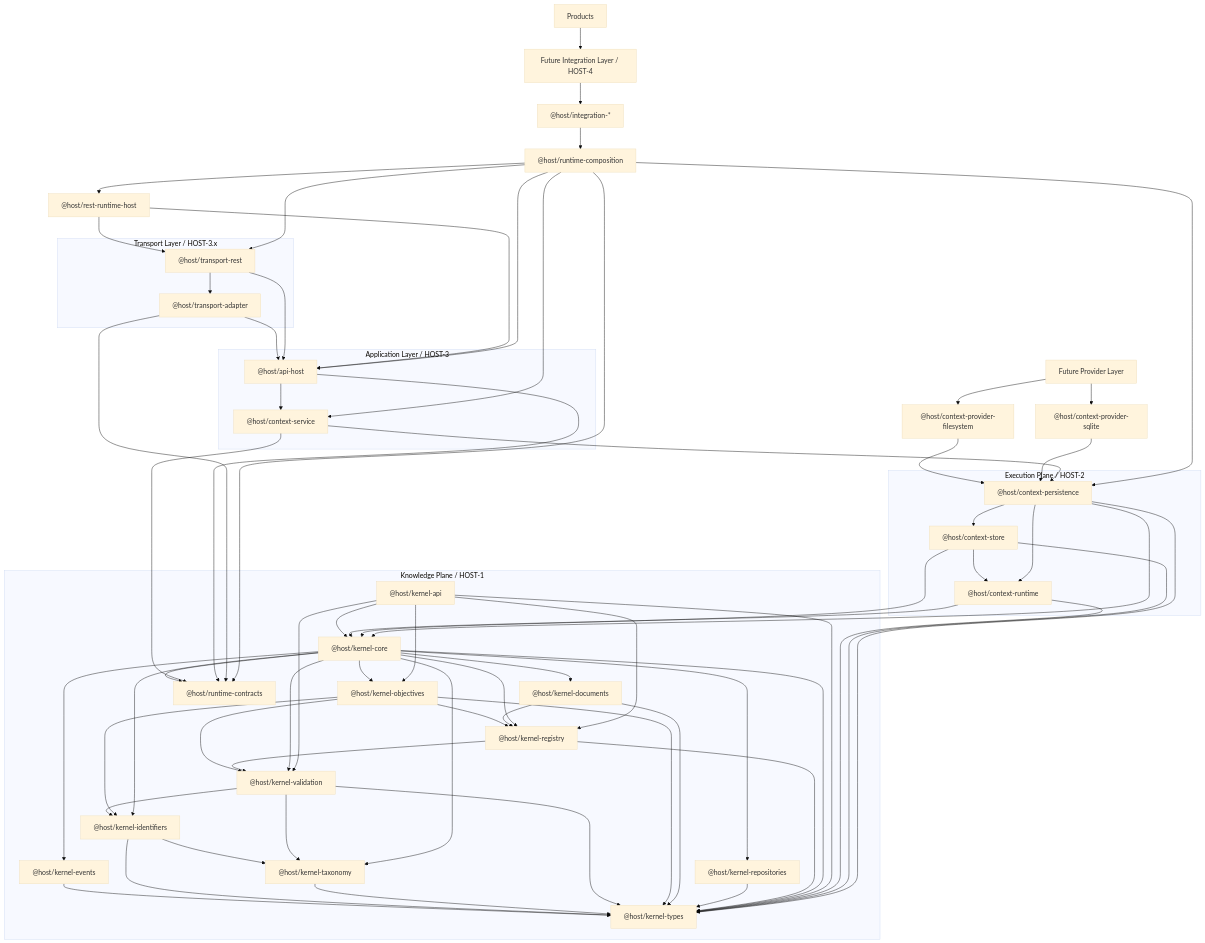
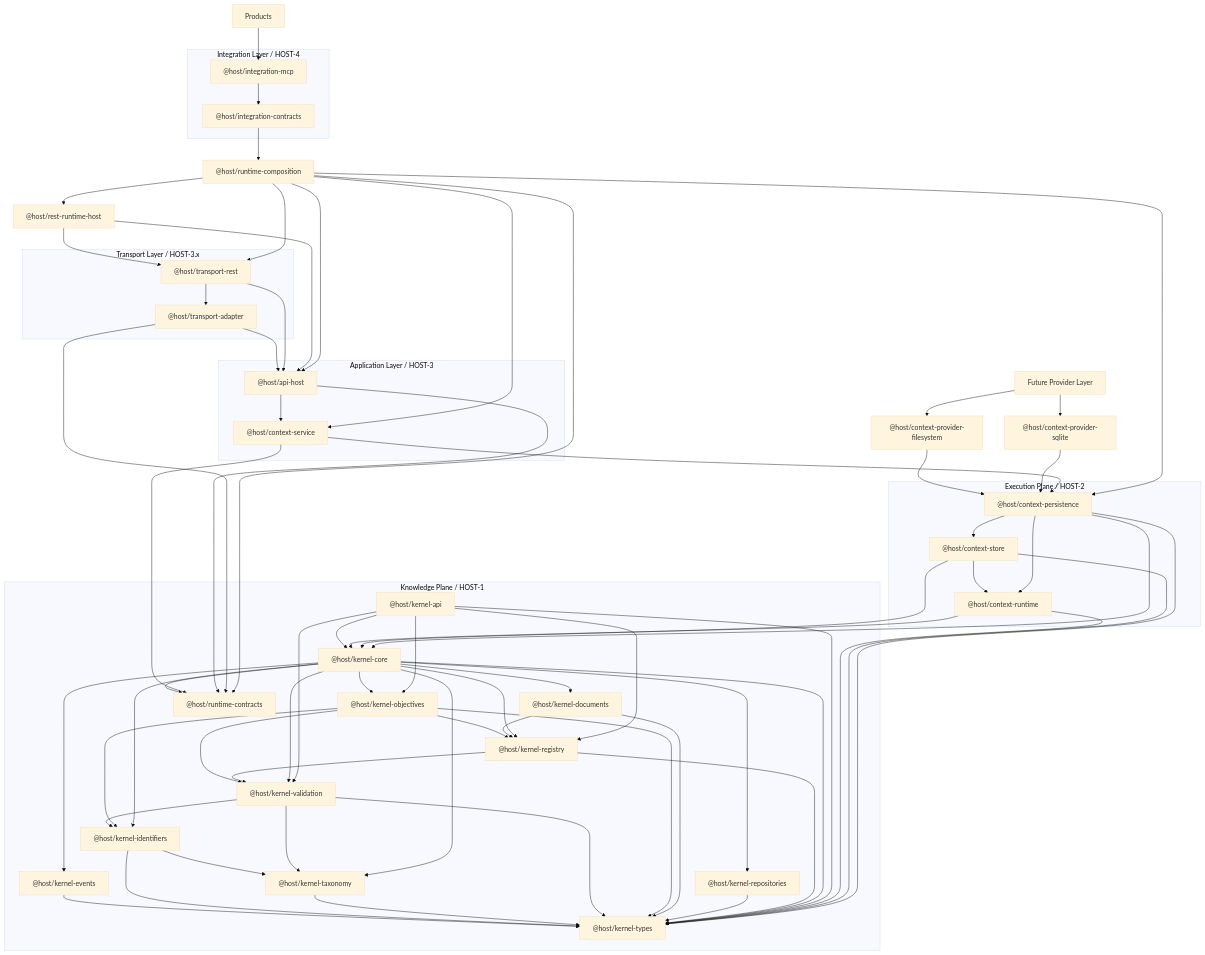
Before and after one commit to captjreacher/HOST-kernel: the diagram in docs/architecture/package-dependency-graph.md, drawn with Mermaid (base theme). The commit also changed other lines of this file and 19 other files, not shown here.

Commit message:
feat: implement HOST-4.5 MCP integration runtime

````diff
--- a/docs/architecture/package-dependency-graph.md
+++ b/docs/architecture/package-dependency-graph.md
@@ -39,8 +39,12 @@
 
   RuntimeHost["@host/rest-runtime-host"]
   RuntimeComposition["@host/runtime-composition"]
-  Integration["Future Integration Layer / HOST-4"]
-  IntegrationPkg["@host/integration-*"]
+
+  subgraph Integration["Integration Layer / HOST-4"]
+  IntegrationContracts["@host/integration-contracts"]
+  IntegrationMcp["@host/integration-mcp"]
+  end
+
   Products["Products"]
 
   KEvents --> KTypes
@@ -103,7 +107,7 @@
   RuntimeComposition --> ApiHost
   RuntimeComposition --> Rest
   RuntimeComposition --> RuntimeHost
-  Integration --> IntegrationPkg
-  IntegrationPkg --> RuntimeComposition
-  Products --> Integration
+  IntegrationContracts --> RuntimeComposition
+  IntegrationMcp --> IntegrationContracts
+  Products --> IntegrationMcp
 ```
````
